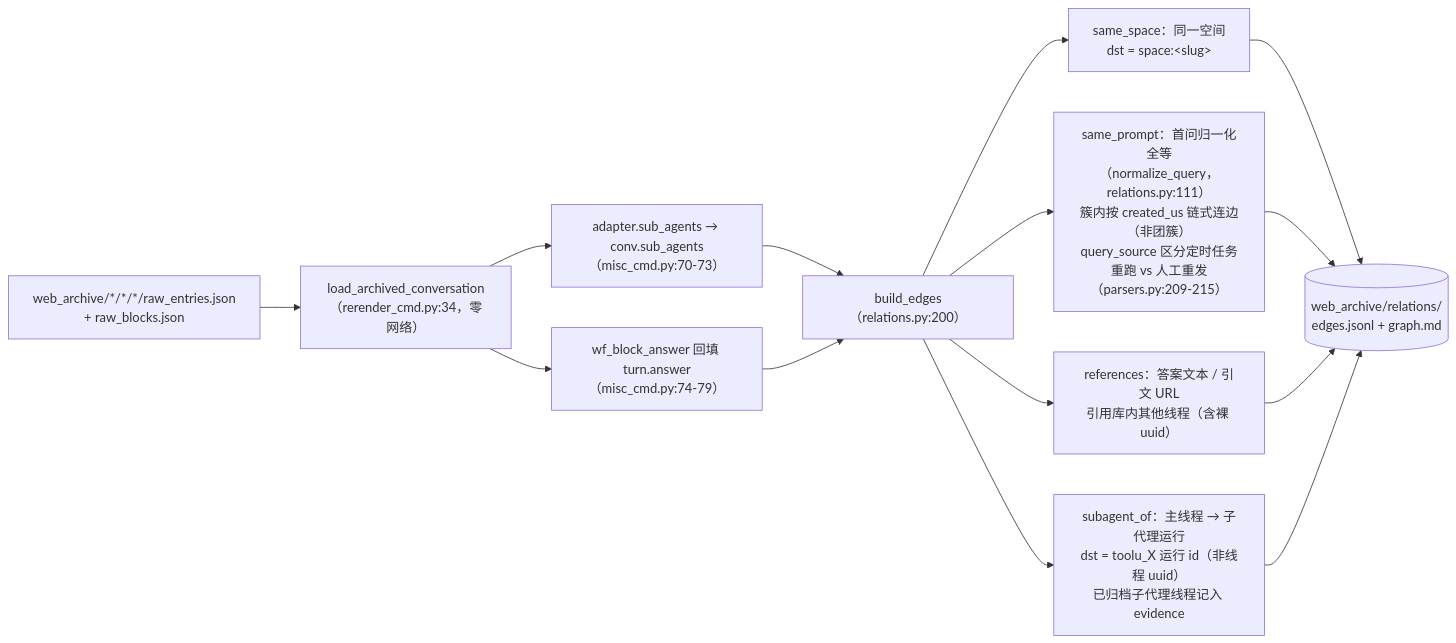
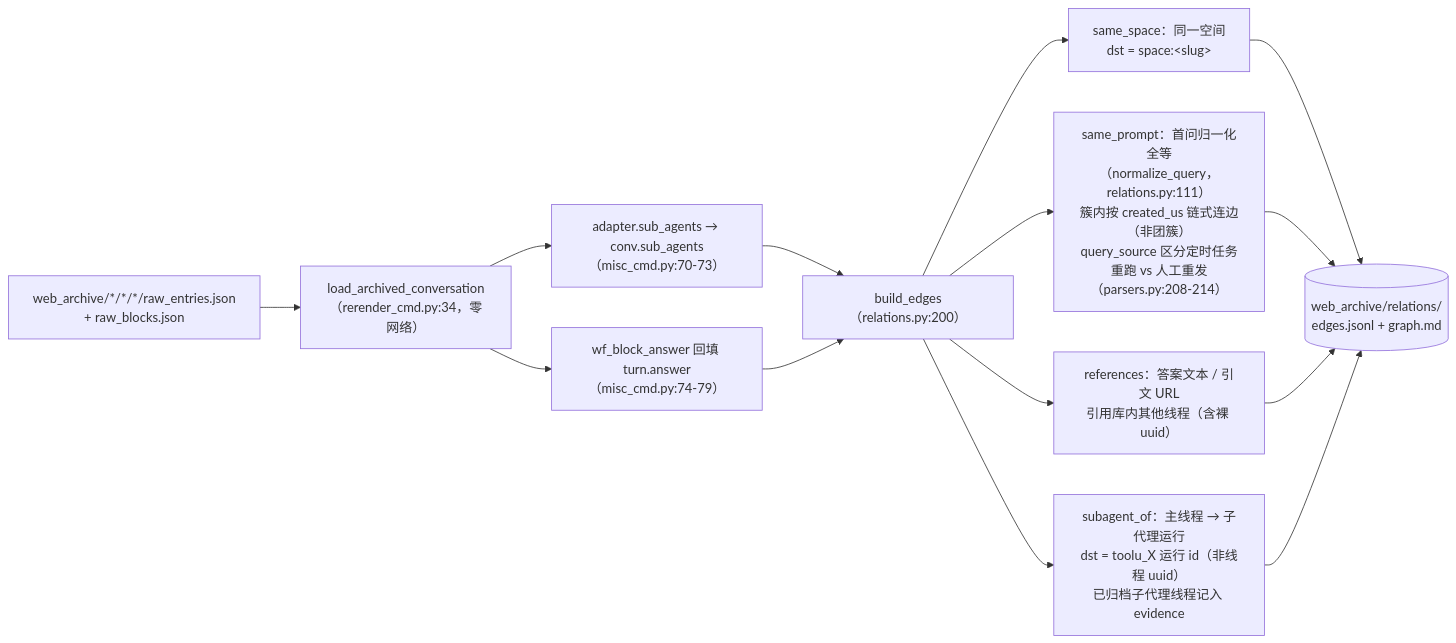
The second of 4 diagrams in docs/architecture/offline-operations.zh-CN.md (Yiksing/pplx-tools), drawn with Mermaid before and after one commit. The commit also changed other lines of this file and 54 other files, not shown here.

````diff
--- a/docs/architecture/offline-operations.zh-CN.md
+++ b/docs/architecture/offline-operations.zh-CN.md
@@ -58,16 +58,16 @@
 ```mermaid
 flowchart LR
     RAW["web_archive/*/*/*/raw_entries.json<br/>+ raw_blocks.json"] --> LA["load_archived_conversation<br/>（rerender_cmd.py:34，零网络）"]
     LA --> SUB["adapter.sub_agents → conv.sub_agents<br/>（misc_cmd.py:70-73）"]
     LA --> FB["wf_block_answer 回填 turn.answer<br/>（misc_cmd.py:74-79）"]
     SUB --> BE["build_edges（relations.py:200）"]
     FB --> BE
     BE --> SS["same_space：同一空间<br/>dst = space:&lt;slug&gt;"]
-    BE --> SP["same_prompt：首问归一化全等<br/>（normalize_query，relations.py:111）<br/>簇内按 created_us 链式连边（非团簇）<br/>query_source 区分定时任务重跑 vs 人工重发<br/>（parsers.py:209-215）"]
+    BE --> SP["same_prompt：首问归一化全等<br/>（normalize_query，relations.py:111）<br/>簇内按 created_us 链式连边（非团簇）<br/>query_source 区分定时任务重跑 vs 人工重发<br/>（parsers.py:208-214）"]
     BE --> RF["references：答案文本 / 引文 URL<br/>引用库内其他线程（含裸 uuid）"]
     BE --> SA["subagent_of：主线程 → 子代理运行<br/>dst = toolu_X 运行 id（非线程 uuid）<br/>已归档子代理线程记入 evidence"]
     SS --> OUT[("web_archive/relations/<br/>edges.jsonl + graph.md")]
     SP --> OUT
     RF --> OUT
     SA --> OUT
 ```
````
